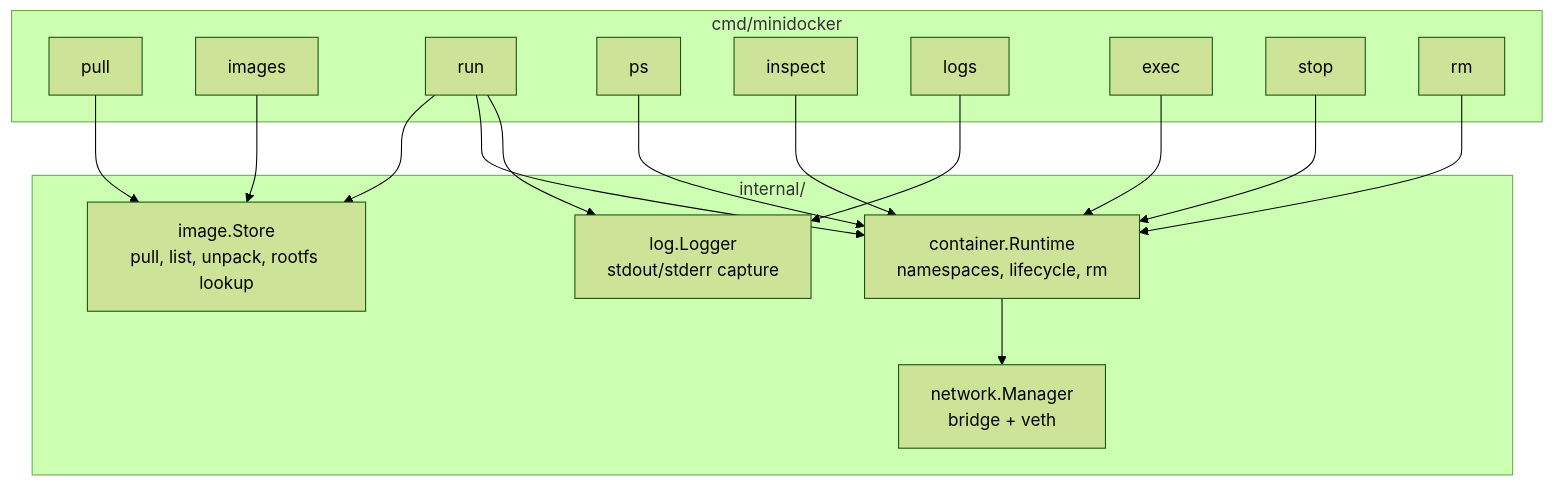
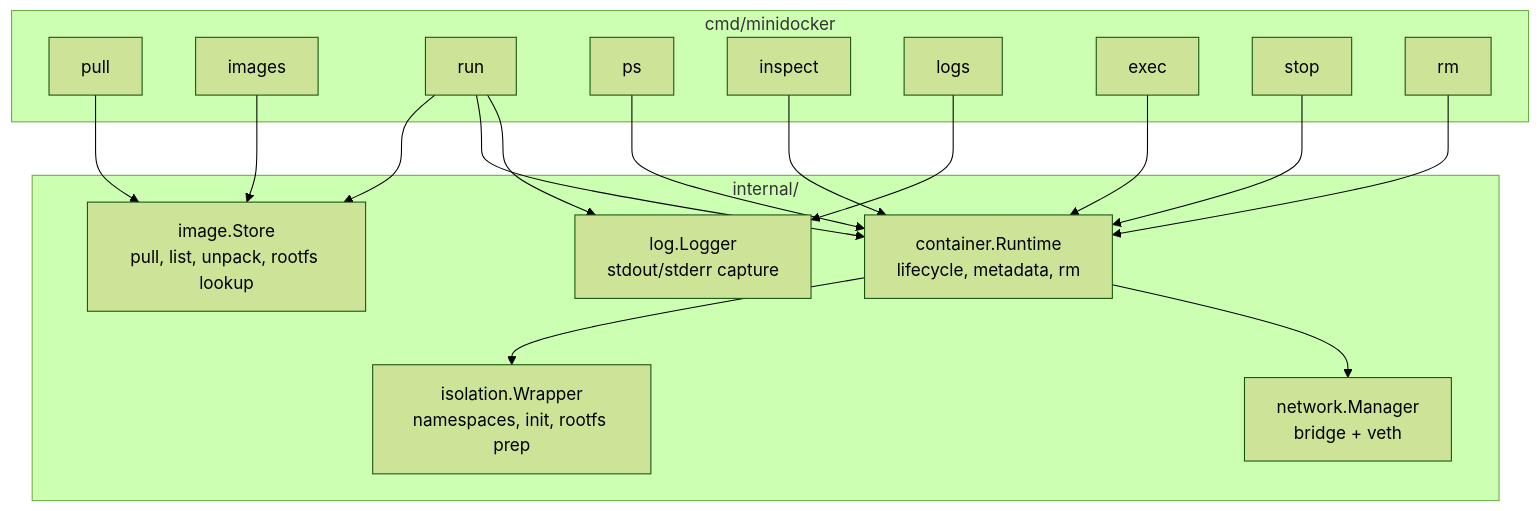
Before and after one commit to dannysecurity/minidocker: the first of 4 diagrams in README.md, drawn with Mermaid (forest theme). The commit also changed other lines of this file and 10 other files, not shown here.

First line of the commit message:
Add isolation wrapper with container-init PID 1 helper

````diff
--- a/README.md
+++ b/README.md
@@ -60,34 +61,36 @@
 ```mermaid
 flowchart TB
   subgraph CLI["cmd/minidocker"]
     pull[pull]
     images[images]
     run[run]
     ps[ps]
     inspect[inspect]
     logs[logs]
     exec[exec]
     stop[stop]
     rm[rm]
   end
 
   subgraph Internal["internal/"]
     image["image.Store\npull, list, unpack, rootfs lookup"]
-    container["container.Runtime\nnamespaces, lifecycle, rm"]
+    container["container.Runtime\nlifecycle, metadata, rm"]
+    isolation["isolation.Wrapper\nnamespaces, init, rootfs prep"]
     network["network.Manager\nbridge + veth"]
     log["log.Logger\nstdout/stderr capture"]
   end
 
   pull --> image
   images --> image
   run --> image
   run --> container
   run --> log
+  container --> isolation
   container --> network
   ps --> container
   inspect --> container
   logs --> log
   exec --> container
   stop --> container
   rm --> container
 ```
````
